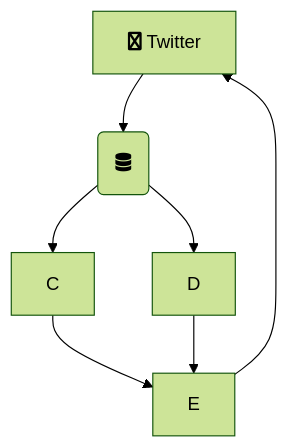
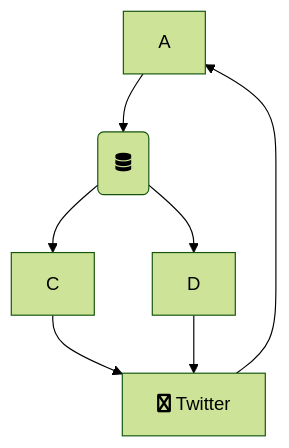
One commit to dmoore247/examples changed the first of 5 diagrams in visuals/mermaid/README.md. Above: the diagram before and after it, drawn with Mermaid (forest theme). The commit also changed other lines of this file, not shown here.

````diff
--- a/visuals/mermaid/README.md
+++ b/visuals/mermaid/README.md
@@ -11,7 +11,7 @@
 ```mermaid
 flowchart TD; 
-A["fa:fa-twitter Twitter"] --> B; 
+A --> B; 
 B(fa:fa-database) --> C --> E; 
 B --> D --> E;  
-E --> A;
+E["fa:fa-twitter Twitter"] --> A;
 ```
````
